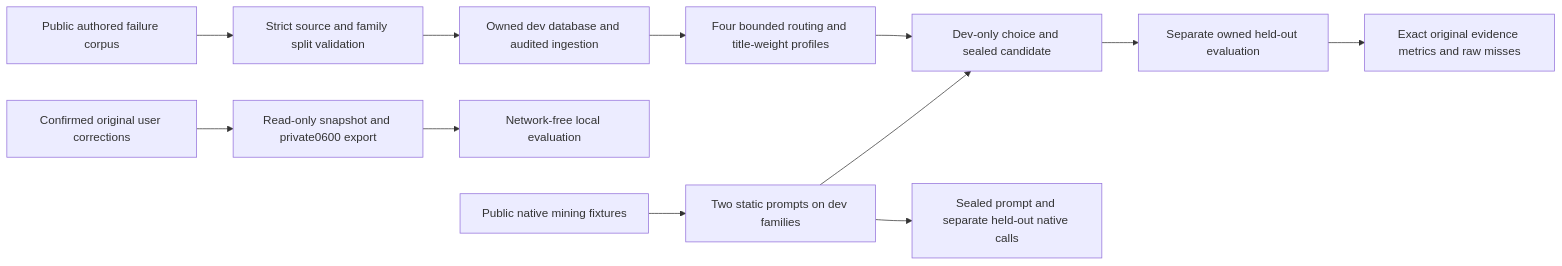
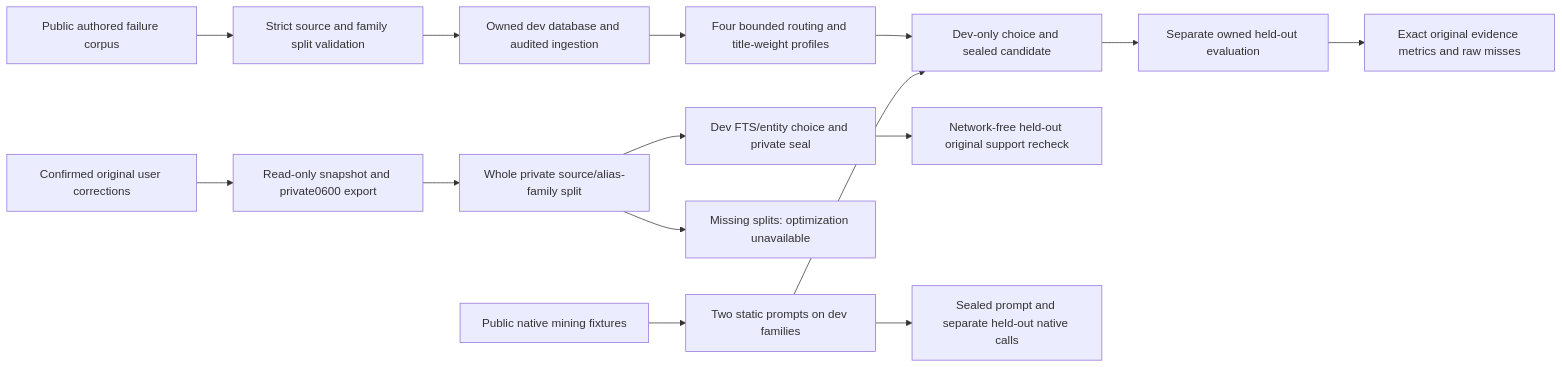
One commit to phense/agentic-rag changed the diagram in docs/uml/failure-evaluation.md. Above: the diagram before and after it, drawn with Mermaid. The commit also changed other lines of this file and 16 other files, not shown here.

````diff
--- a/docs/uml/failure-evaluation.md
+++ b/docs/uml/failure-evaluation.md
@@ -3,14 +3,17 @@
 ```mermaid
 flowchart LR
   C[Public authored failure corpus] --> V[Strict source and family split validation]
   V --> D[Owned dev database and audited ingestion]
   D --> G[Four bounded routing and title-weight profiles]
   G --> S[Dev-only choice and sealed candidate]
   S --> H[Separate owned held-out evaluation]
   H --> R[Exact original evidence metrics and raw misses]
   U[Confirmed original user corrections] --> P[Read-only snapshot and private0600 export]
-  P --> L[Network-free local evaluation]
+  P --> L[Whole private source/alias-family split]
+  L --> PS[Dev FTS/entity choice and private seal]
+  PS --> PH[Network-free held-out original support recheck]
+  L --> UO[Missing splits: optimization unavailable]
   M[Public native mining fixtures] --> T[Two static prompts on dev families]
   T --> S
   T --> N[Sealed prompt and separate held-out native calls]
 ```
````
